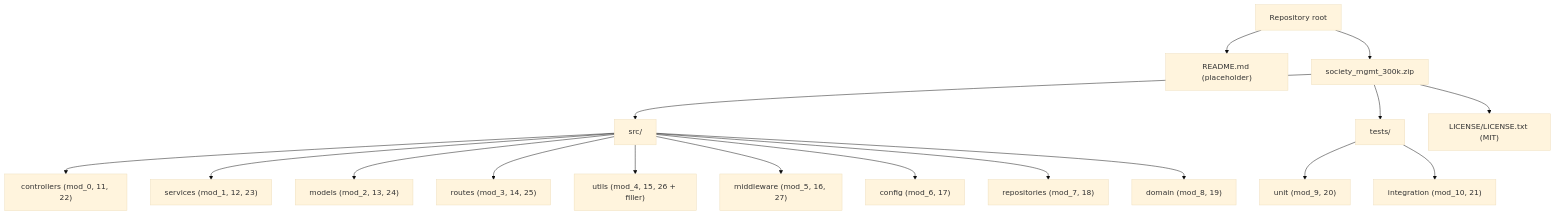
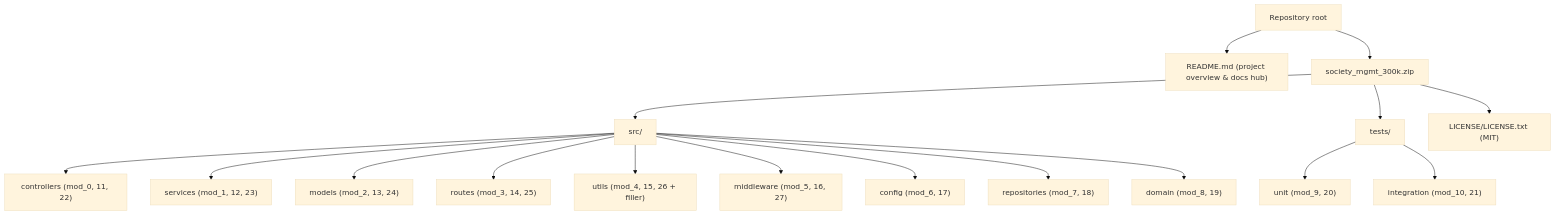
Before and after one commit to ajitblitzy/Society_mngt_300K_Nested: the diagram in docs/architecture/overview.md, drawn with Mermaid (base theme). The commit also changed other lines of this file and 44 other files, not shown here.

````diff
--- a/docs/architecture/overview.md
+++ b/docs/architecture/overview.md
@@ -50,19 +50,19 @@
 ```mermaid
 graph TD
-    ROOT["Repository root"] --> RM["README.md (placeholder)"]
+    ROOT["Repository root"] --> RM["README.md (project overview & docs hub)"]
     ROOT --> ZIP["society_mgmt_300k.zip"]
     ZIP --> SRC["src/"]
     ZIP --> TST["tests/"]
     ZIP --> LIC["LICENSE/LICENSE.txt (MIT)"]
     SRC --> C["controllers (mod_0, 11, 22)"]
     SRC --> S["services (mod_1, 12, 23)"]
     SRC --> M["models (mod_2, 13, 24)"]
     SRC --> R["routes (mod_3, 14, 25)"]
     SRC --> U["utils (mod_4, 15, 26 + filler)"]
     SRC --> MW["middleware (mod_5, 16, 27)"]
     SRC --> CF["config (mod_6, 17)"]
     SRC --> RP["repositories (mod_7, 18)"]
     SRC --> D["domain (mod_8, 19)"]
     TST --> UT["unit (mod_9, 20)"]
     TST --> IT["integration (mod_10, 21)"]
 ```
````
